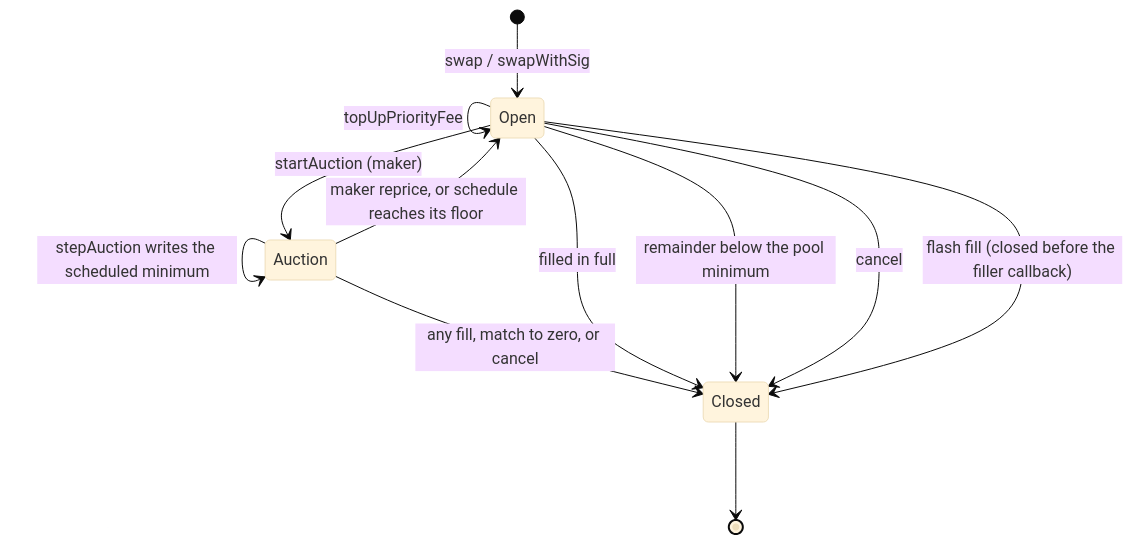
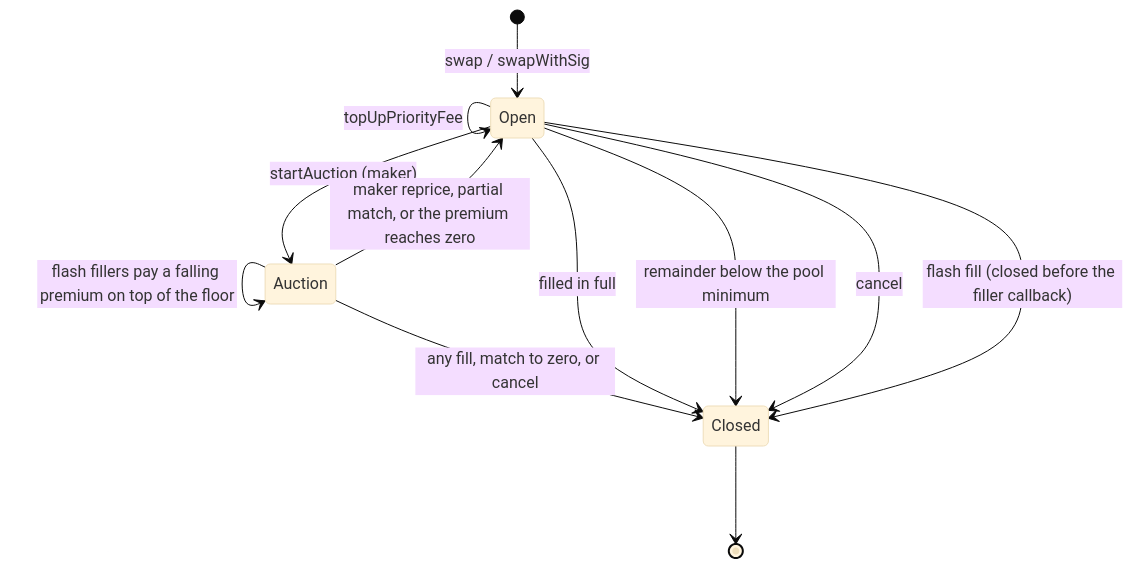
The first of 3 diagrams in docs/order-lifecycle.md (asyncswap/contracts), drawn with Mermaid (base theme) before and after one commit. The commit also changed other lines of this file and 13 other files, not shown here.

Commit message:
Dutch auctions as a falling premium above the floor (#108)

````diff
--- a/docs/order-lifecycle.md
+++ b/docs/order-lifecycle.md
@@ -12,16 +12,16 @@
 ```mermaid
 stateDiagram-v2
     [*] --> Open: swap / swapWithSig
     Open --> Open: partial book match or pool fill up to a book level
     Open --> Open: reprice (updatePrice, updatePriceWithSig)
     Open --> Open: topUpPriorityFee
     Open --> Auction: startAuction (maker)
-    Auction --> Auction: stepAuction writes the scheduled minimum
-    Auction --> Open: maker reprice, or schedule reaches its floor
+    Auction --> Auction: flash fillers pay a falling premium on top of the floor
+    Auction --> Open: maker reprice, partial match, or the premium reaches zero
     Auction --> Closed: any fill, match to zero, or cancel
     Open --> Closed: filled in full
     Open --> Closed: remainder below the pool minimum
     Open --> Closed: cancel
     Open --> Closed: flash fill (closed before the filler callback)
     Closed --> [*]
 ```
````
